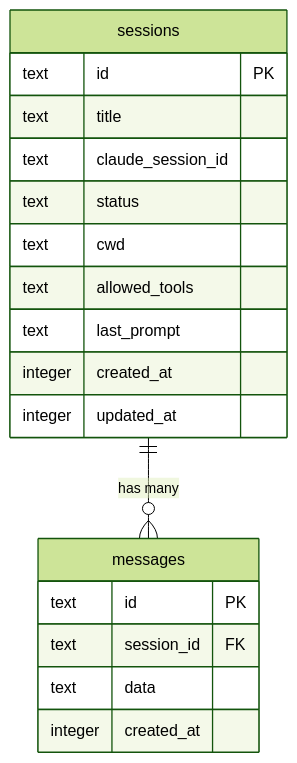
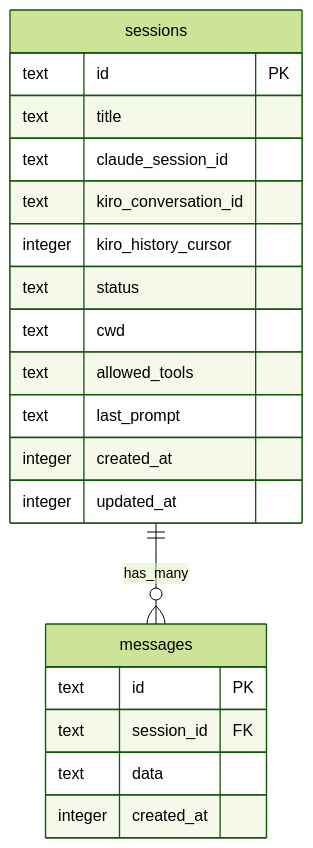
One commit to xrusjohn/sample-kiro-assistant changed the fifth of 5 diagrams in docs/ARCHITECTURE.md. Above: the diagram before and after it, drawn with Mermaid (forest theme). The commit also changed other lines of this file and 42 other files, not shown here.

````diff
--- a/docs/ARCHITECTURE.md
+++ b/docs/ARCHITECTURE.md
@@ -439,21 +285,23 @@
 ```mermaid
 erDiagram
     sessions {
         text id PK
         text title
         text claude_session_id
+        text kiro_conversation_id
+        integer kiro_history_cursor
         text status
         text cwd
         text allowed_tools
         text last_prompt
         integer created_at
         integer updated_at
     }
     messages {
         text id PK
         text session_id FK
         text data
         integer created_at
     }
-    sessions ||--o{ messages : "has many"
+    sessions ||--o{ messages : has_many
 ```
````
